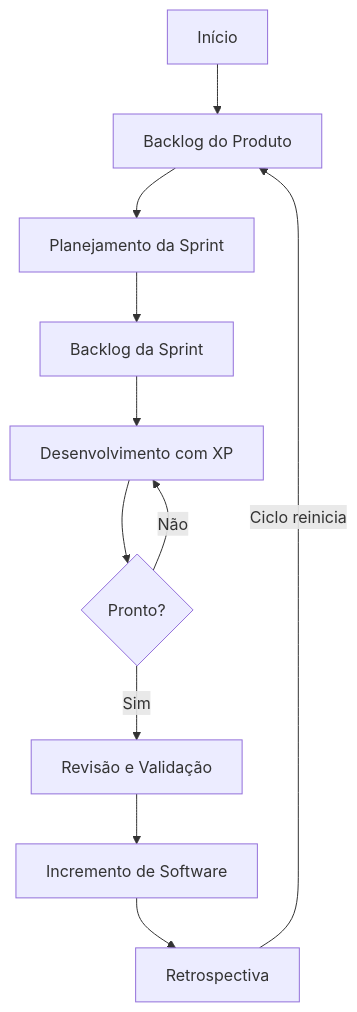
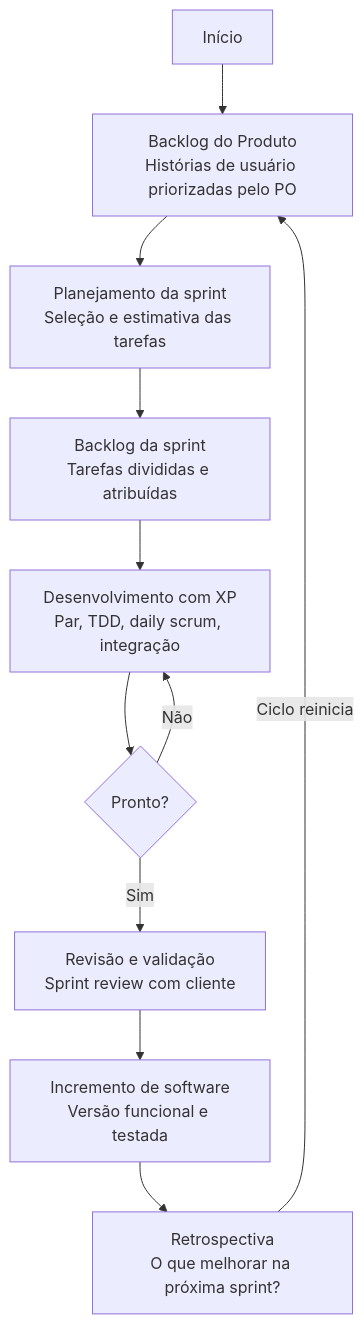
The second of 2 diagrams in docs/visao/visao.md (FGA0138-MDS-Ajax/2026.1-T03-Parnas), drawn with Mermaid before and after one commit. The commit also changed other lines of this file and 2 other files, not shown here.

````diff
--- a/docs/visao/visao.md
+++ b/docs/visao/visao.md
@@ -61,13 +148,13 @@
 ```mermaid
 graph TD
-    A[Início] --> B[Backlog do Produto]
-    B --> C[Planejamento da Sprint]
-    C --> D[Backlog da Sprint]
-    D --> E[Desenvolvimento com XP]
+    A[Início] --> B[Backlog do Produto<br>Histórias de usuário priorizadas pelo PO]
+    B --> C[Planejamento da sprint<br>Seleção e estimativa das tarefas]
+    C --> D[Backlog da sprint<br>Tarefas divididas e atribuídas]
+    D --> E[Desenvolvimento com XP<br>Par, TDD, daily scrum, integração]
     E --> F{Pronto?}
     F -- Não --> E
-    F -- Sim --> G[Revisão e Validação]
-    G --> H[Incremento de Software]
-    H --> I[Retrospectiva]
+    F -- Sim --> G[Revisão e validação<br>Sprint review com cliente]
+    G --> H[Incremento de software<br>Versão funcional e testada]
+    H --> I[Retrospectiva<br>O que melhorar na próxima sprint?]
     I -->|Ciclo reinicia| B
 ```
````
